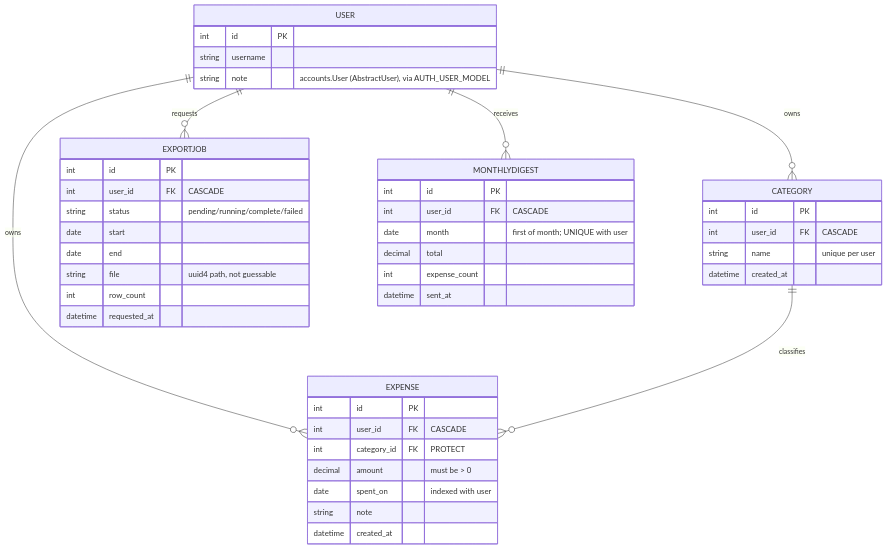
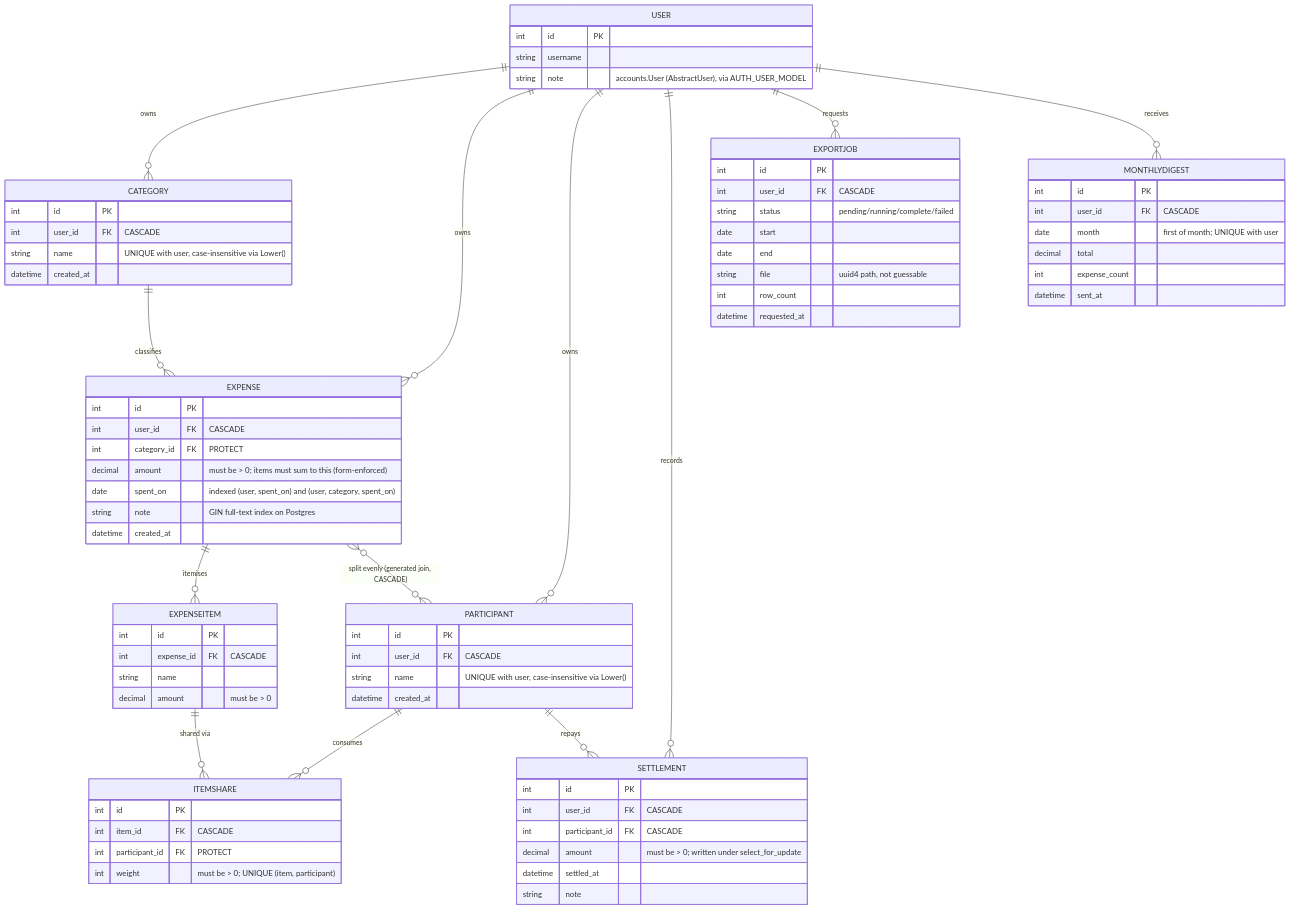
The diagram in docs/BUILD_LOG.md (Vatsal-Kanojiya/expense_management), drawn with Mermaid before and after one commit. The commit also changed other lines of this file, not shown here.

First line of the commit message:
docs: bring the derivable tables up to date

````diff
--- a/docs/BUILD_LOG.md
+++ b/docs/BUILD_LOG.md
@@ -34,47 +48,80 @@
 ```mermaid
 erDiagram
     USER ||--o{ CATEGORY : "owns"
     USER ||--o{ EXPENSE  : "owns"
+    USER ||--o{ PARTICIPANT : "owns"
+    USER ||--o{ SETTLEMENT : "records"
     USER ||--o{ EXPORTJOB : "requests"
     USER ||--o{ MONTHLYDIGEST : "receives"
     CATEGORY ||--o{ EXPENSE : "classifies"
+    EXPENSE ||--o{ EXPENSEITEM : "itemises"
+    EXPENSE }o--o{ PARTICIPANT : "split evenly (generated join, CASCADE)"
+    EXPENSEITEM ||--o{ ITEMSHARE : "shared via"
+    PARTICIPANT ||--o{ ITEMSHARE : "consumes"
+    PARTICIPANT ||--o{ SETTLEMENT : "repays"
 
     USER {
         int id PK
         string username
         string note "accounts.User (AbstractUser), via AUTH_USER_MODEL"
     }
     CATEGORY {
         int id PK
         int user_id FK "CASCADE"
-        string name "unique per user"
+        string name "UNIQUE with user, case-insensitive via Lower()"
         datetime created_at
     }
     EXPENSE {
         int id PK
         int user_id FK "CASCADE"
         int category_id FK "PROTECT"
+        decimal amount "must be > 0; items must sum to this (form-enforced)"
+        date spent_on "indexed (user, spent_on) and (user, category, spent_on)"
+        string note "GIN full-text index on Postgres"
+        datetime created_at
+    }
+    PARTICIPANT {
+        int id PK
+        int user_id FK "CASCADE"
+        string name "UNIQUE with user, case-insensitive via Lower()"
+        datetime created_at
+    }
+    EXPENSEITEM {
+        int id PK
+        int expense_id FK "CASCADE"
+        string name
         decimal amount "must be > 0"
-        date spent_on "indexed with user"
+    }
+    ITEMSHARE {
+        int id PK
+        int item_id FK "CASCADE"
+        int participant_id FK "PROTECT"
+        int weight "must be > 0; UNIQUE (item, participant)"
+    }
+    SETTLEMENT {
+        int id PK
+        int user_id FK "CASCADE"
+        int participant_id FK "CASCADE"
+        decimal amount "must be > 0; written under select_for_update"
+        datetime settled_at
         string note
-        datetime created_at
     }
     EXPORTJOB {
         int id PK
         int user_id FK "CASCADE"
         string status "pending/running/complete/failed"
         date start
         date end
         string file "uuid4 path, not guessable"
         int row_count
         datetime requested_at
     }
     MONTHLYDIGEST {
         int id PK
         int user_id FK "CASCADE"
         date month "first of month; UNIQUE with user"
         decimal total
         int expense_count
         datetime sent_at
     }
 ```
````
